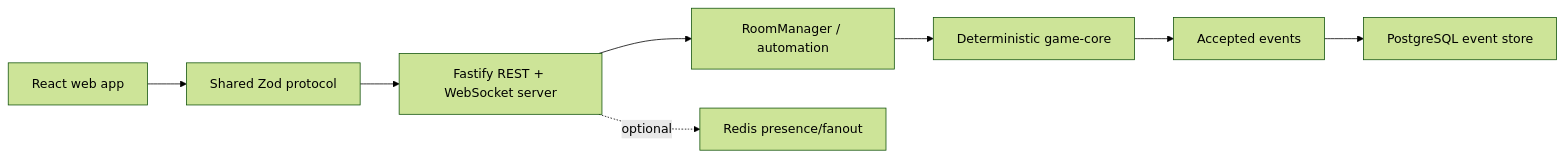
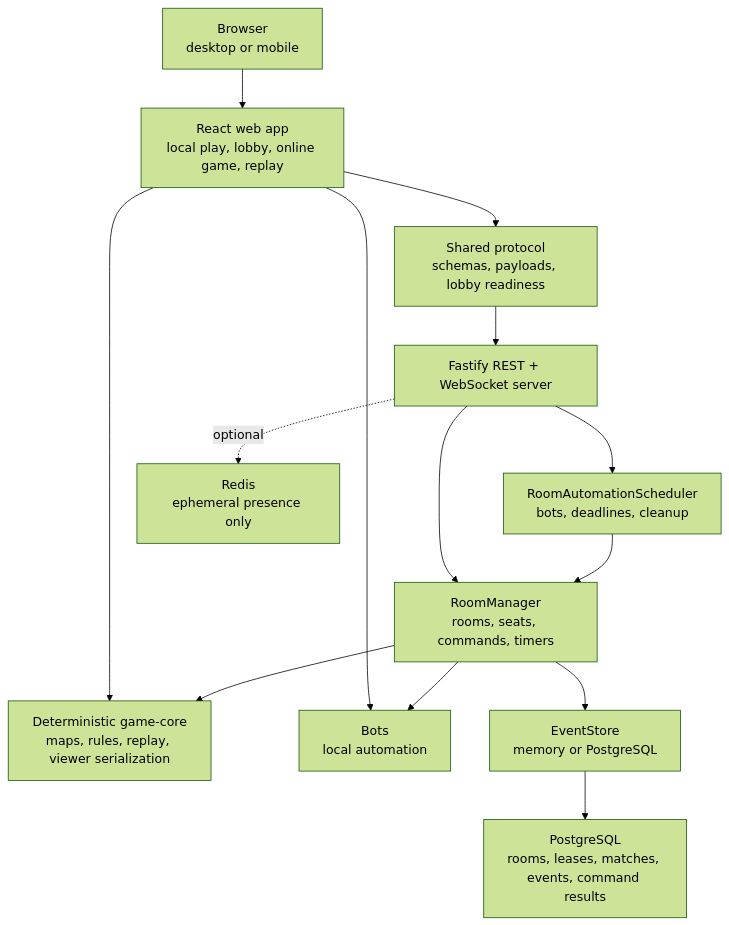
Before and after one commit to sahnsookyung/colonizt: the diagram in README.md, drawn with Mermaid (forest theme). The commit also changed 48 other files, not shown here.

Commit message:
Stabilize multiplayer rooms and game UI

````diff
--- a/README.md
+++ b/README.md
@@ -106,10 +106,16 @@
 ```mermaid
-flowchart LR
-  web["React web app"] --> protocol["Shared Zod protocol"]
+flowchart TB
+  browser["Browser<br/>desktop or mobile"] --> web["React web app<br/>local play, lobby, online game, replay"]
+  web --> protocol["Shared protocol<br/>schemas, payloads, lobby readiness"]
+  web --> core["Deterministic game-core<br/>maps, rules, replay, viewer serialization"]
+  web --> bots["Bots<br/>local automation"]
   protocol --> server["Fastify REST + WebSocket server"]
-  server --> manager["RoomManager / automation"]
-  manager --> core["Deterministic game-core"]
-  core --> events["Accepted events"]
-  events --> postgres["PostgreSQL event store"]
-  server -. optional .-> redis["Redis presence/fanout"]
+  server --> manager["RoomManager<br/>rooms, seats, commands, timers"]
+  server --> scheduler["RoomAutomationScheduler<br/>bots, deadlines, cleanup"]
+  manager --> core
+  manager --> bots
+  manager --> store["EventStore<br/>memory or PostgreSQL"]
+  scheduler --> manager
+  store --> postgres["PostgreSQL<br/>rooms, leases, matches, events, command results"]
+  server -. optional .-> redis["Redis<br/>ephemeral presence only"]
 ```
````
